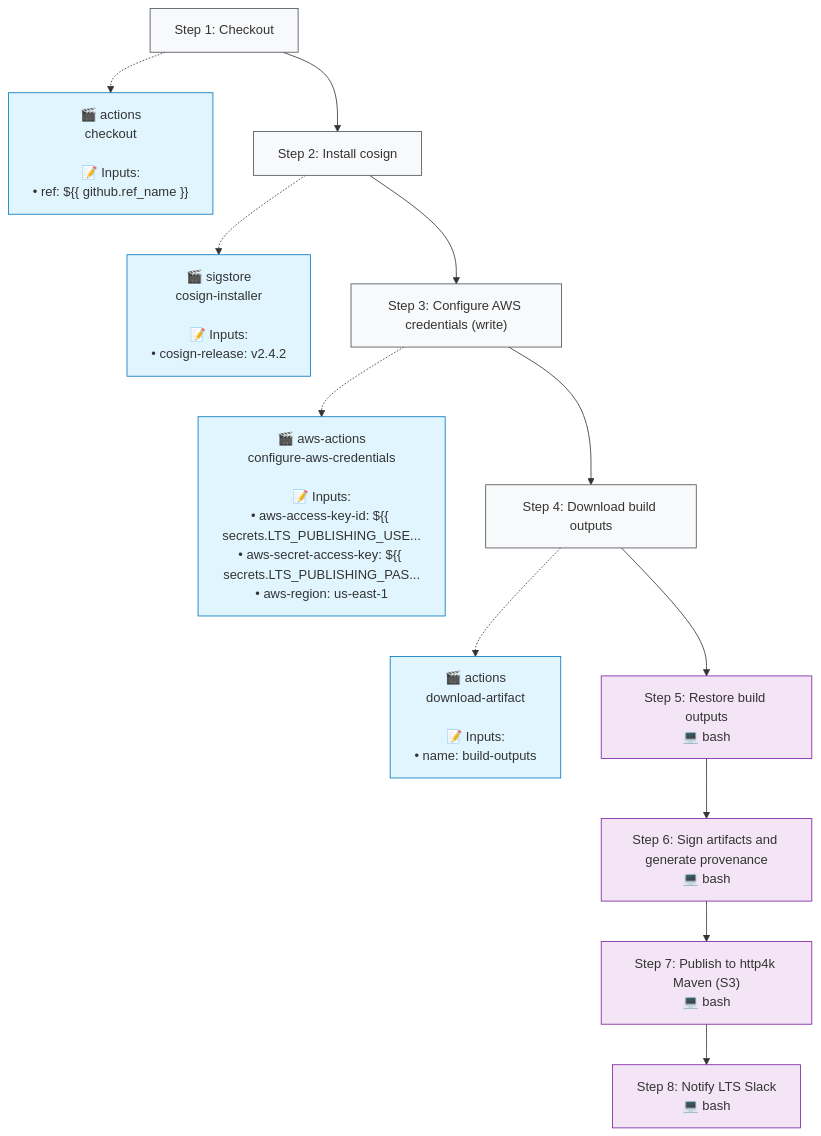
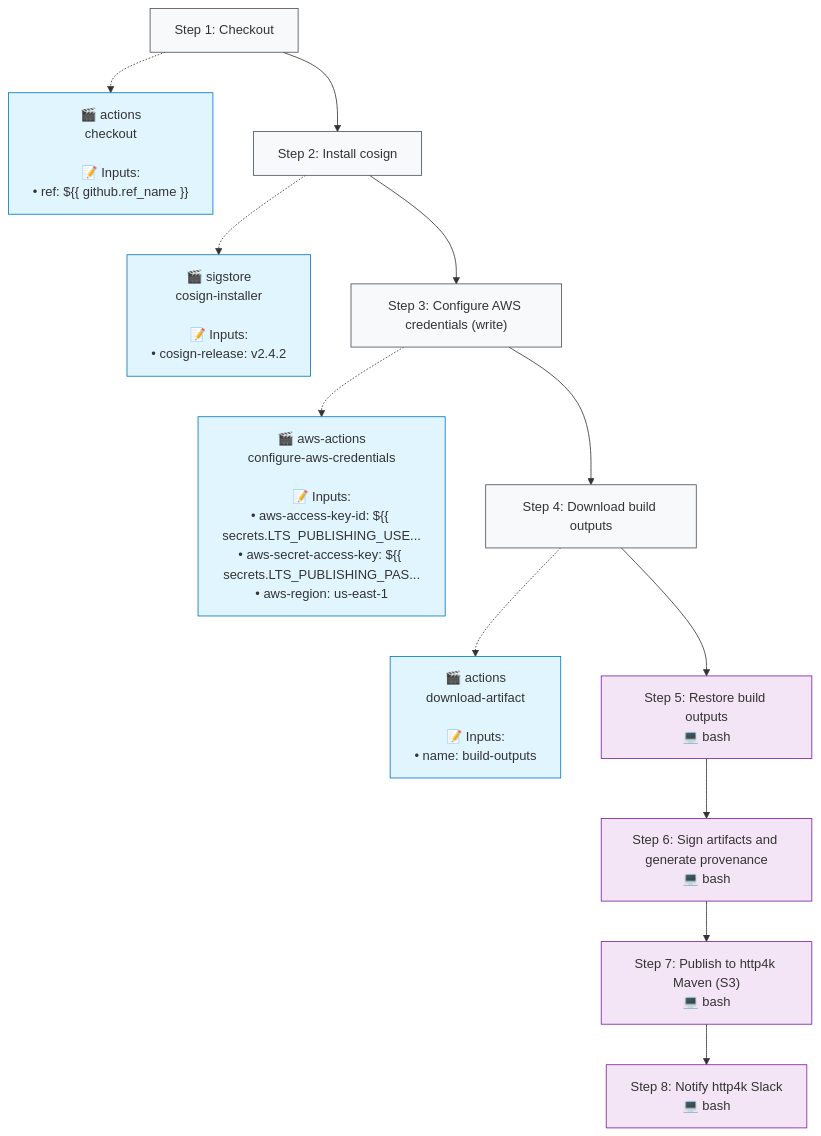
Before and after one commit to http4k/http4k: the third of 3 diagrams in .github/typeflows/publish-artifacts/README.md, drawn with Mermaid. The commit also changed 4 other files, not shown here.

````diff
--- a/.github/typeflows/publish-artifacts/README.md
+++ b/.github/typeflows/publish-artifacts/README.md
@@ -101,39 +101,39 @@
 ```mermaid
 %%{init: {"flowchart": {"curve": "basis"}}}%%
 flowchart TD
     step1["Step 1: Checkout"]
     style step1 fill:#f8f9fa,stroke:#495057
     action1["🎬 actions<br/>checkout<br/><br/>📝 Inputs:<br/>• ref: ${{ github.ref_name }}"]
     style action1 fill:#e1f5fe,stroke:#0277bd
     step1 -.-> action1
     step2["Step 2: Install cosign"]
     style step2 fill:#f8f9fa,stroke:#495057
     action2["🎬 sigstore<br/>cosign-installer<br/><br/>📝 Inputs:<br/>• cosign-release: v2.4.2"]
     style action2 fill:#e1f5fe,stroke:#0277bd
     step2 -.-> action2
     step1 --> step2
     step3["Step 3: Configure AWS credentials (write)"]
     style step3 fill:#f8f9fa,stroke:#495057
     action3["🎬 aws-actions<br/>configure-aws-credentials<br/><br/>📝 Inputs:<br/>• aws-access-key-id: ${{ secrets.LTS_PUBLISHING_USE...<br/>• aws-secret-access-key: ${{ secrets.LTS_PUBLISHING_PAS...<br/>• aws-region: us-east-1"]
     style action3 fill:#e1f5fe,stroke:#0277bd
     step3 -.-> action3
     step2 --> step3
     step4["Step 4: Download build outputs"]
     style step4 fill:#f8f9fa,stroke:#495057
     action4["🎬 actions<br/>download-artifact<br/><br/>📝 Inputs:<br/>• name: build-outputs"]
     style action4 fill:#e1f5fe,stroke:#0277bd
     step4 -.-> action4
     step3 --> step4
     step5["Step 5: Restore build outputs<br/>💻 bash"]
     style step5 fill:#f3e5f5,stroke:#7b1fa2
     step4 --> step5
     step6["Step 6: Sign artifacts and generate provenance<br/>💻 bash"]
     style step6 fill:#f3e5f5,stroke:#7b1fa2
     step5 --> step6
     step7["Step 7: Publish to http4k Maven (S3)<br/>💻 bash"]
     style step7 fill:#f3e5f5,stroke:#7b1fa2
     step6 --> step7
-    step8["Step 8: Notify LTS Slack<br/>💻 bash"]
+    step8["Step 8: Notify http4k Slack<br/>💻 bash"]
     style step8 fill:#f3e5f5,stroke:#7b1fa2
     step7 --> step8
 ```
````
